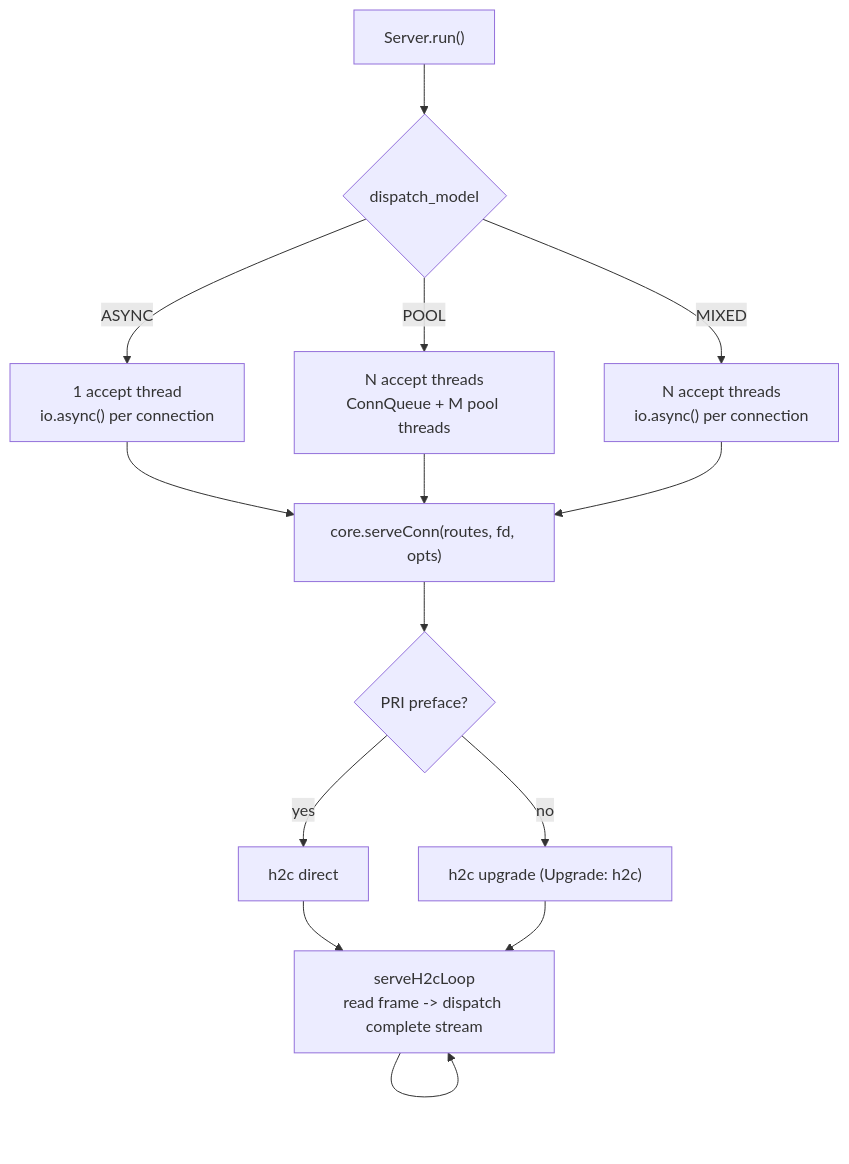
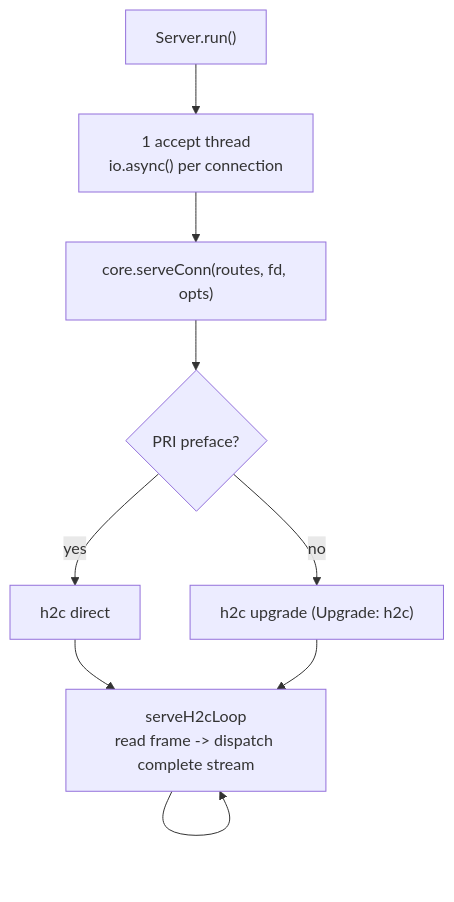
The first of 5 diagrams in docs/hld-http2-id.md (prothegee/zix), drawn with Mermaid before and after one commit. The commit also changed other lines of this file, not shown here.

Commit message:
drop POOL and MIXED from the http2 hld

````diff
--- a/docs/hld-http2-id.md
+++ b/docs/hld-http2-id.md
@@ -46,16 +46,11 @@
 ```mermaid
 flowchart TD
-    MAIN["Server.run()"] --> SW{"dispatch_model"}
-    SW -->|ASYNC| A["1 accept thread\nio.async() per connection"]
-    SW -->|POOL| P["N accept threads\nConnQueue + M pool threads"]
-    SW -->|MIXED| M["N accept threads\nio.async() per connection"]
+    MAIN["Server.run()"] --> A["1 accept thread\nio.async() per connection"]
     A --> SERVE["core.serveConn(routes, fd, opts)"]
-    P --> SERVE
-    M --> SERVE
     SERVE --> PRE{"PRI preface?"}
     PRE -->|yes| DIRECT["h2c direct"]
     PRE -->|no| UP["h2c upgrade (Upgrade: h2c)"]
     DIRECT --> LOOP["serveH2cLoop\nread frame -> dispatch complete stream"]
     UP --> LOOP
     LOOP --> LOOP
 ```
````
